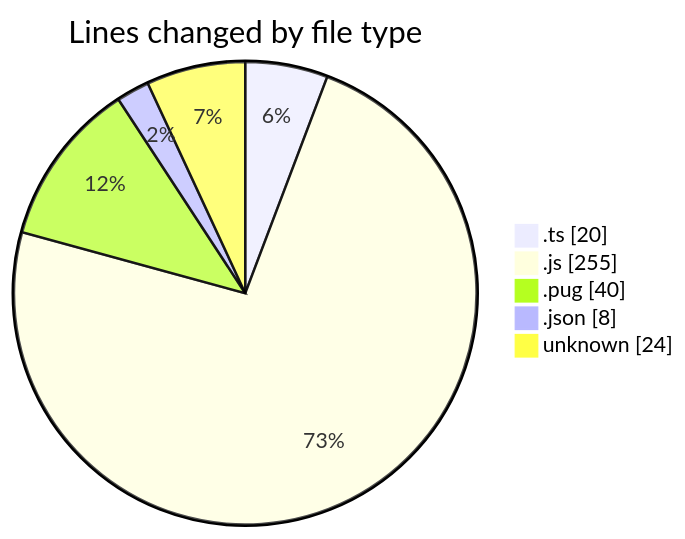
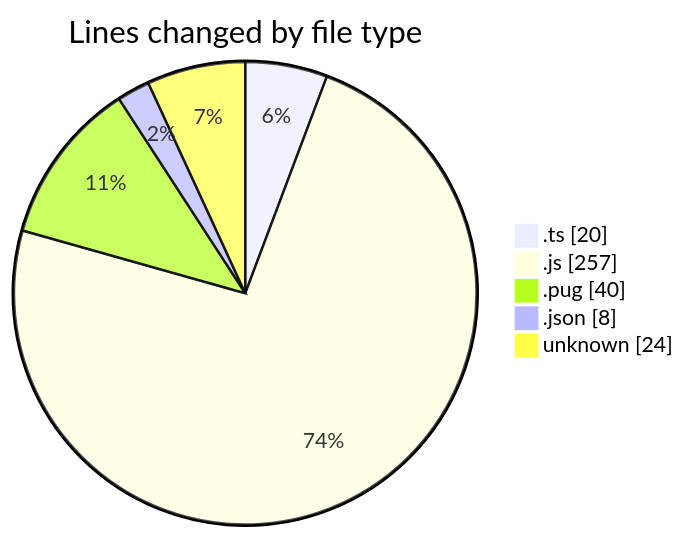
Before and after one commit to momahboobian/code-tracking: the first of 2 diagrams in 2025-02-25/cda/README.md, drawn with Mermaid. The commit also changed other lines of this file and 1 other file, not shown here.

````diff
--- a/2025-02-25/cda/README.md
+++ b/2025-02-25/cda/README.md
@@ -26,9 +26,9 @@
 ```mermaid
 pie showData
 title Lines changed by file type
 ".ts" : 20
-".js" : 255
+".js" : 257
 ".pug" : 40
 ".json" : 8
 "unknown" : 24
 ```
````
